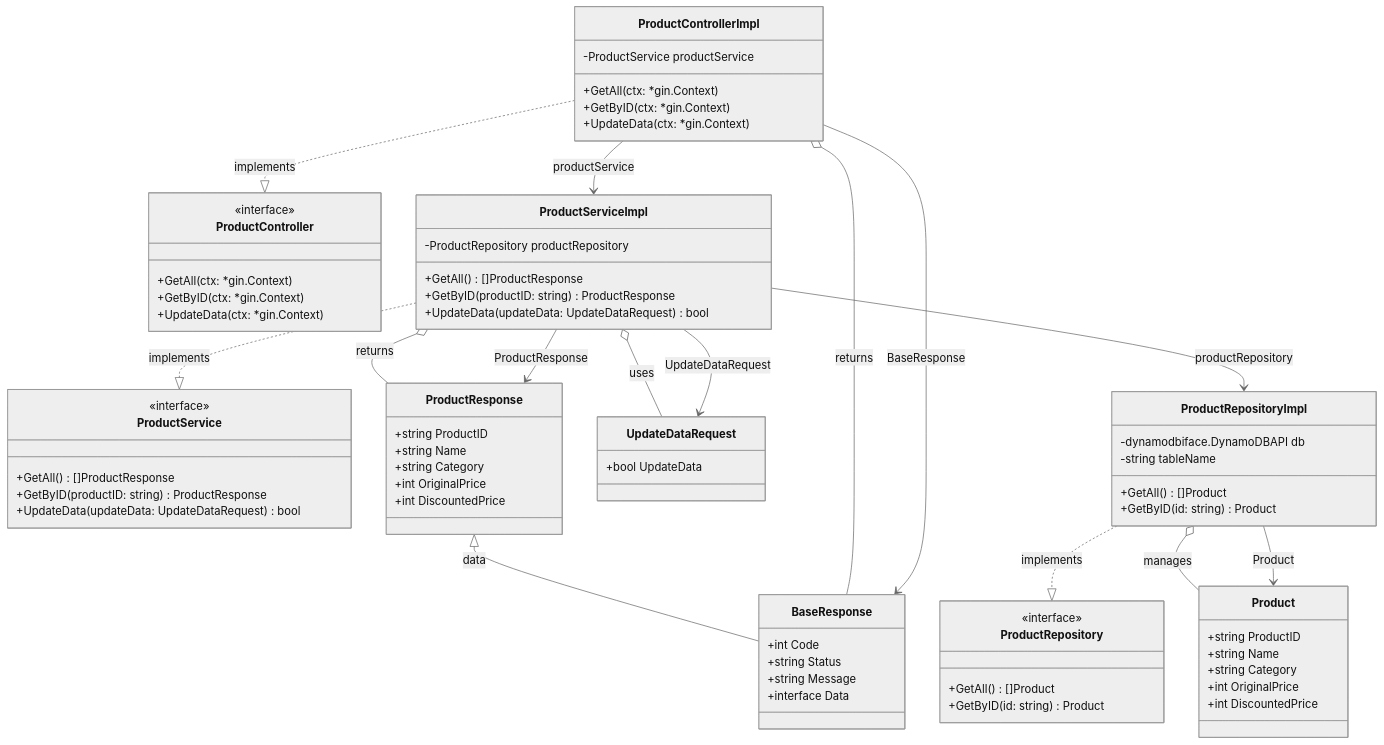
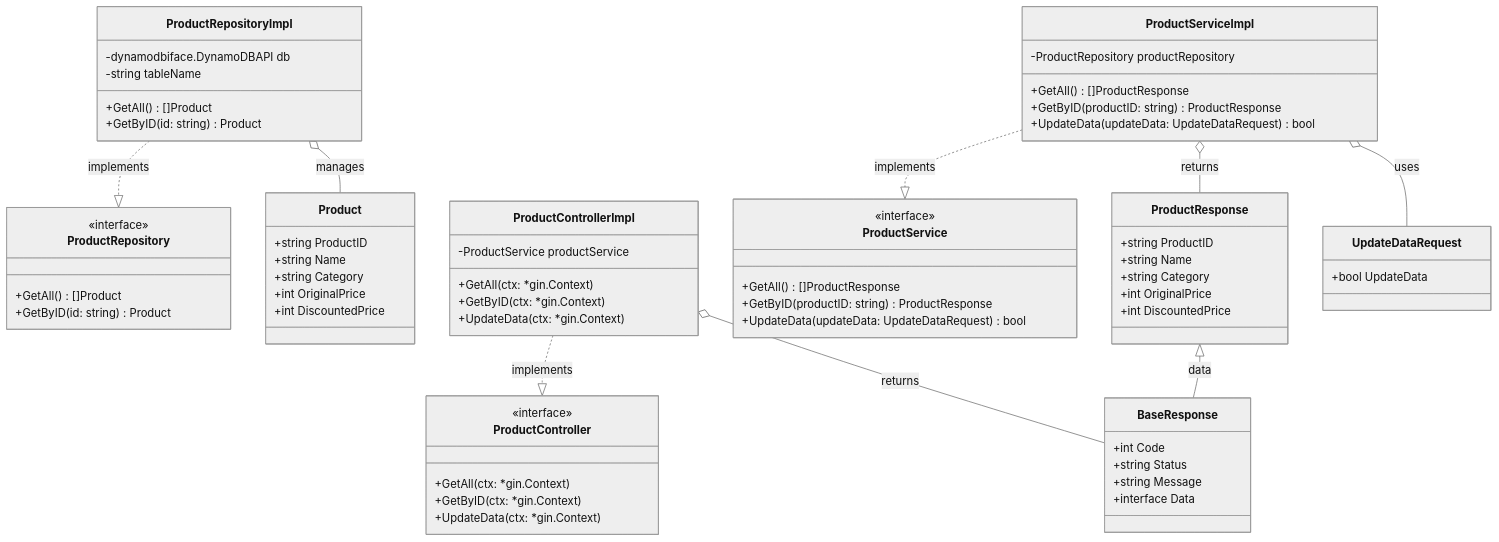
Before and after one commit to Dieg0Code/portfolio_02_lambda_api_scraper: the first of 6 diagrams in README.md, drawn with Mermaid (neutral theme). The commit also changed other lines of this file and 2 other files, not shown here.

````diff
--- a/README.md
+++ b/README.md
@@ -163,13 +223,5 @@
     ProductServiceImpl o-- UpdateDataRequest : uses
     ProductControllerImpl o-- BaseResponse : returns
 
-    %% Conexiones
-    ProductControllerImpl --> ProductServiceImpl : productService
-    ProductServiceImpl --> ProductRepositoryImpl : productRepository
-    ProductRepositoryImpl --> Product : Product
-    ProductServiceImpl --> ProductResponse : ProductResponse
-    ProductServiceImpl --> UpdateDataRequest : UpdateDataRequest
-    ProductControllerImpl --> BaseResponse : BaseResponse
-
 
 ```
````
